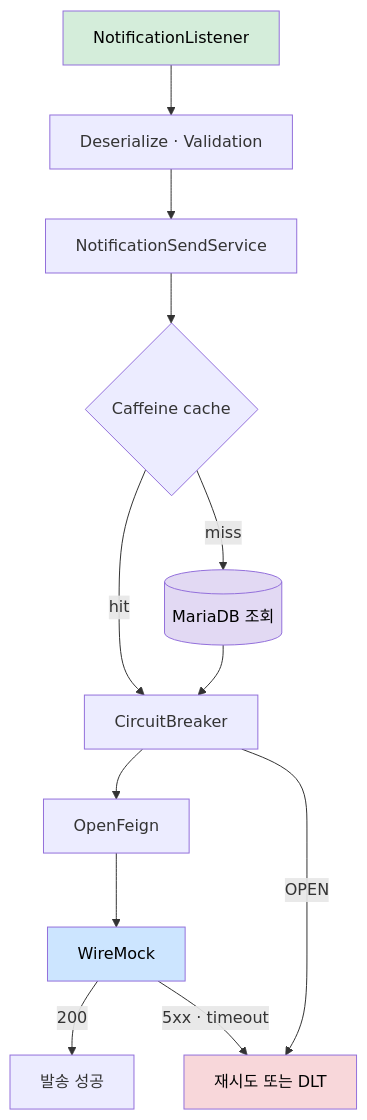
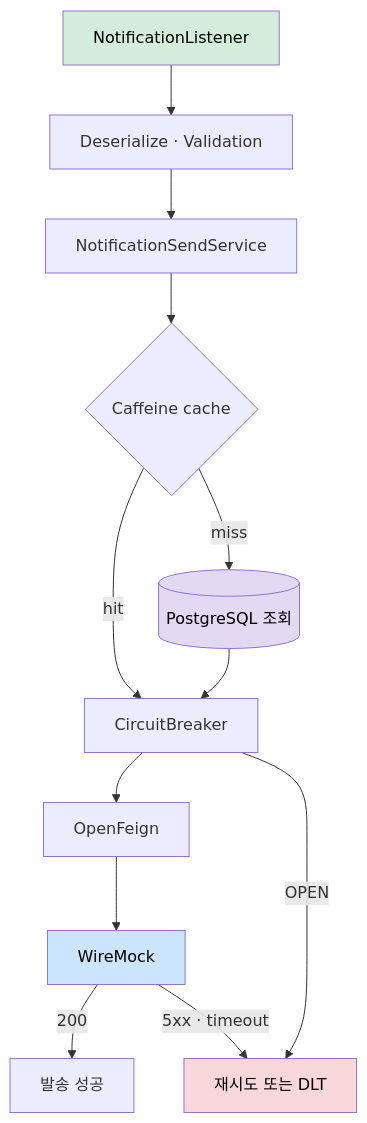
Before and after one commit to scofe97/notification-lab: the third of 8 diagrams in observability/docs/01-architecture.md, drawn with Mermaid. The commit also changed other lines of this file and 2 other files, not shown here.

First line of the commit message:
docs: 관측 스터디 계획 — DB를 PostgreSQL로 통일, 주차별 아키텍처 설명·관측 키워드 추가

````diff
--- a/observability/docs/01-architecture.md
+++ b/observability/docs/01-architecture.md
@@ -51,15 +51,15 @@
 ```mermaid
 flowchart TB
     L["NotificationListener"] --> V["Deserialize · Validation"] --> S["NotificationSendService"]
     S --> C{"Caffeine cache"}
     C -->|"hit"| CB["CircuitBreaker"]
-    C -->|"miss"| DB[("MariaDB 조회")] --> CB
+    C -->|"miss"| DB[("PostgreSQL 조회")] --> CB
     CB --> F["OpenFeign"] --> W["WireMock"]
     W -->|"200"| OK["발송 성공"]
     W -->|"5xx · timeout"| FAIL["재시도 또는 DLT"]
     CB -->|"OPEN"| FAIL
     style L fill:#d4edda,color:#000
     style DB fill:#e2d9f3,color:#000
     style W fill:#cce5ff,color:#000
     style FAIL fill:#f8d7da,color:#000
 ```
````
